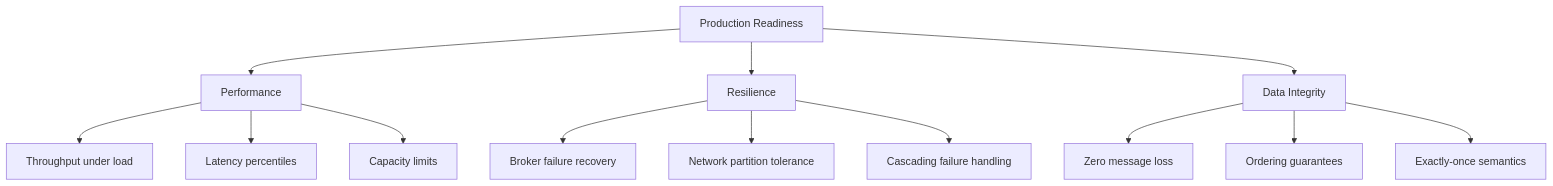
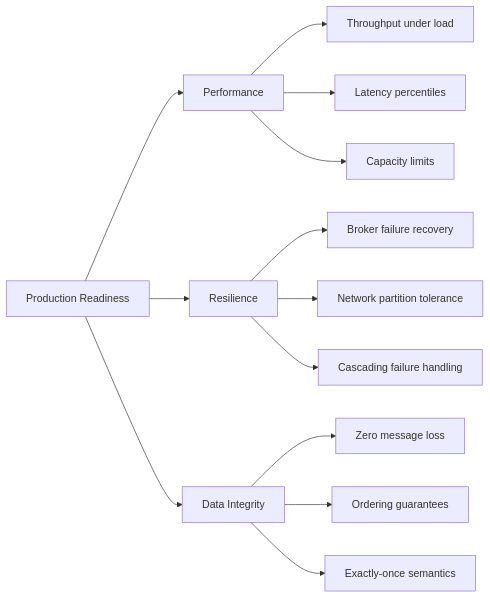
Before and after one commit to actions-marketplace-validations/bmscomp_kates: the first of 2 diagrams in docs/book/01-introduction.md, drawn with Mermaid. The commit also changed 21 other files, not shown here.

First line of the commit message:
docs(book): readable code and diagrams, and a light/dark theme (#187)

````diff
--- a/docs/book/01-introduction.md
+++ b/docs/book/01-introduction.md
@@ -25,18 +25,18 @@
 ```mermaid
-graph TD
+graph LR
     A[Production Readiness] --> B[Performance]
     A --> C[Resilience]
     A --> D[Data Integrity]
     
     B --> B1[Throughput under load]
     B --> B2[Latency percentiles]
     B --> B3[Capacity limits]
     
     C --> C1[Broker failure recovery]
     C --> C2[Network partition tolerance]
     C --> C3[Cascading failure handling]
     
     D --> D1[Zero message loss]
     D --> D2[Ordering guarantees]
     D --> D3[Exactly-once semantics]
 ```
````
